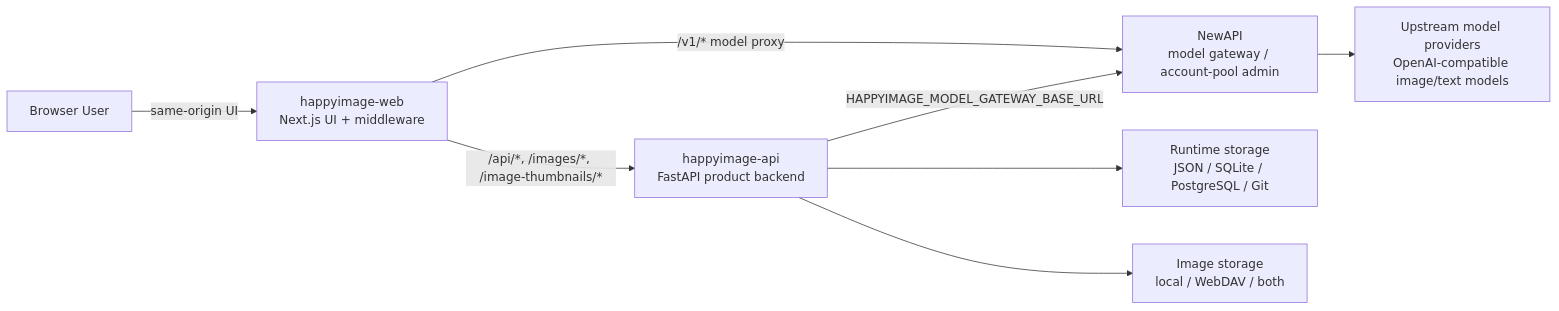
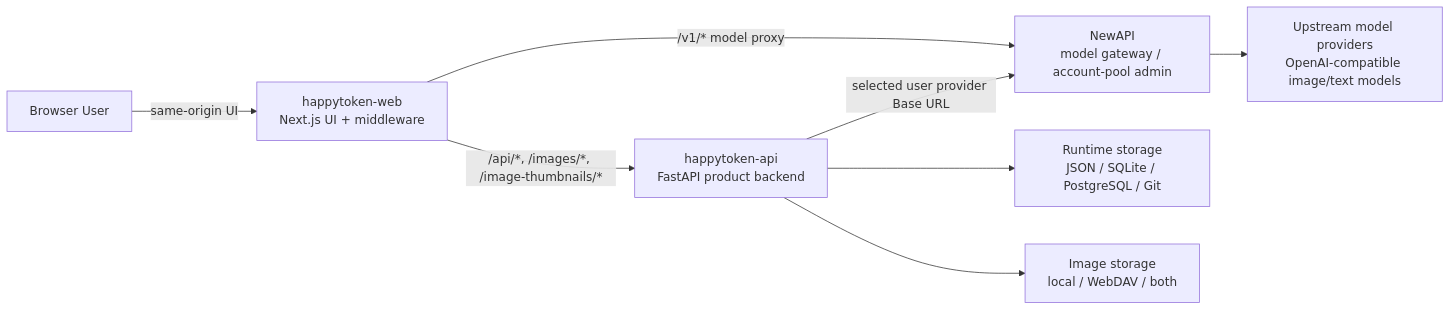
The first of 7 diagrams in docs/architecture.md (happy-token/HappyImage), drawn with Mermaid before and after one commit. The commit also changed other lines of this file and 109 other files, not shown here.

````diff
--- a/docs/architecture.md
+++ b/docs/architecture.md
@@ -7,18 +7,18 @@
 ```mermaid
 flowchart LR
   User["Browser User"]
-  Web["happyimage-web<br/>Next.js UI + middleware"]
-  API["happyimage-api<br/>FastAPI product backend"]
+  Web["happytoken-web<br/>Next.js UI + middleware"]
+  API["happytoken-api<br/>FastAPI product backend"]
   NewAPI["NewAPI<br/>model gateway / account-pool admin"]
   Upstream["Upstream model providers<br/>OpenAI-compatible image/text models"]
   Store["Runtime storage<br/>JSON / SQLite / PostgreSQL / Git"]
   Images["Image storage<br/>local / WebDAV / both"]
 
   User -->|"same-origin UI"| Web
   Web -->|"/api/*, /images/*, /image-thumbnails/*"| API
   Web -->|"/v1/* model proxy"| NewAPI
-  API -->|"HAPPYIMAGE_MODEL_GATEWAY_BASE_URL"| NewAPI
+  API -->|"selected user provider Base URL"| NewAPI
   NewAPI --> Upstream
   API --> Store
   API --> Images
 ```
````
